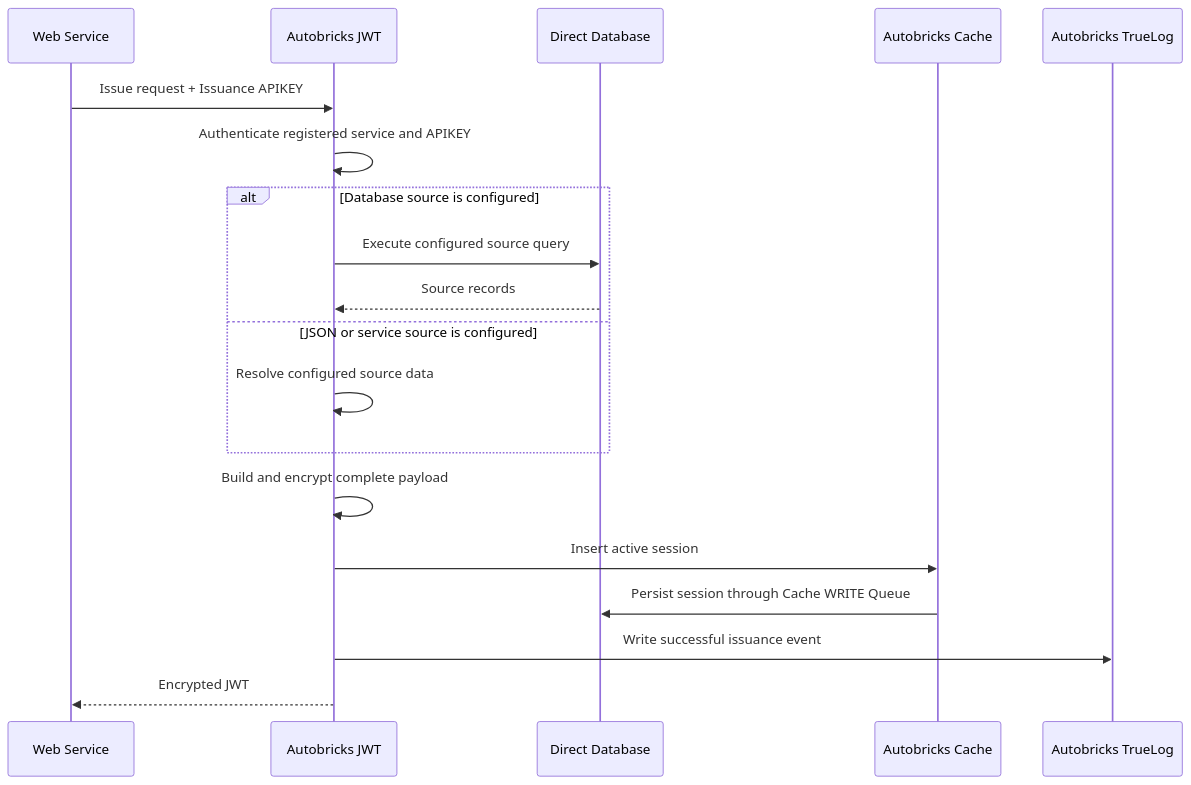
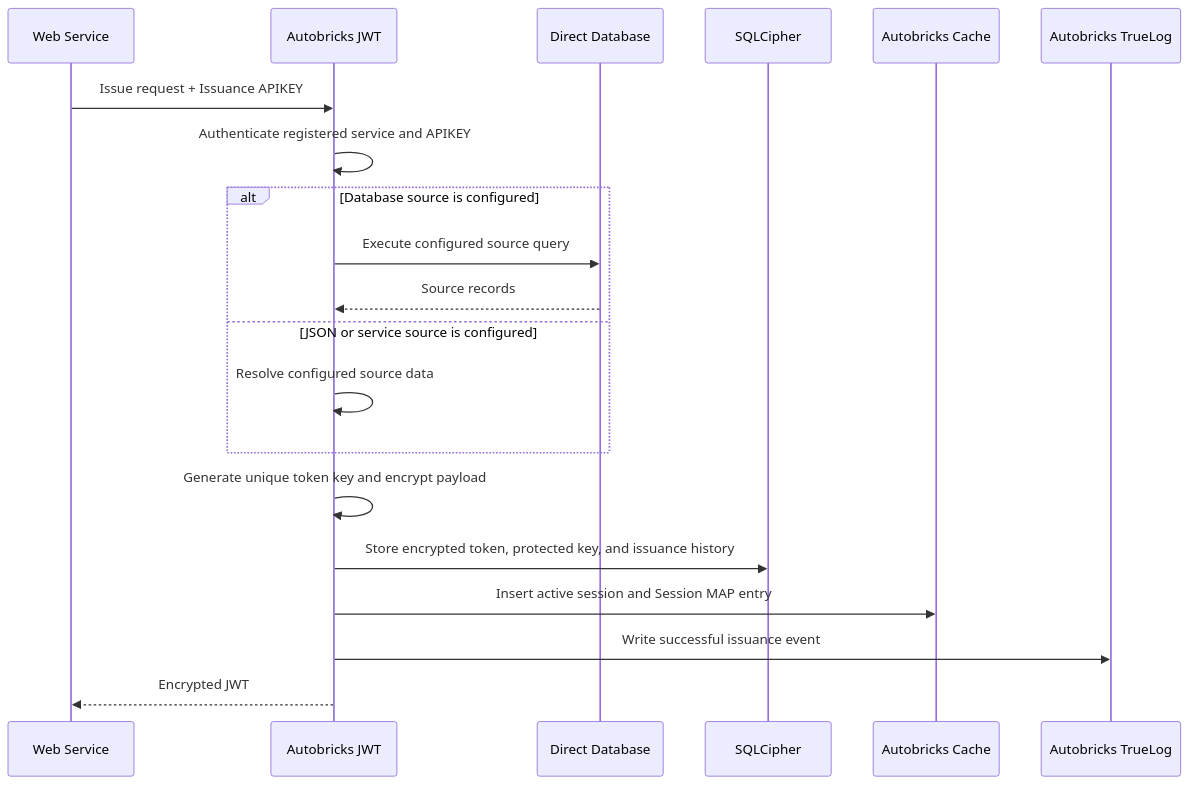
The second of 3 diagrams in ARCHITECTURE.md (pregene/autobricks-jwt), drawn with Mermaid before and after one commit. The commit also changed other lines of this file and 16 other files, not shown here.

````diff
--- a/ARCHITECTURE.md
+++ b/ARCHITECTURE.md
@@ -500,22 +515,23 @@
 ```mermaid
 sequenceDiagram
     participant W as Web Service
     participant J as Autobricks JWT
     participant D as Direct Database
+    participant S as SQLCipher
     participant C as Autobricks Cache
     participant T as Autobricks TrueLog
 
     W->>J: Issue request + Issuance APIKEY
     J->>J: Authenticate registered service and APIKEY
     alt Database source is configured
         J->>D: Execute configured source query
         D-->>J: Source records
     else JSON or service source is configured
         J->>J: Resolve configured source data
     end
-    J->>J: Build and encrypt complete payload
-    J->>C: Insert active session
-    C->>D: Persist session through Cache WRITE Queue
+    J->>J: Generate unique token key and encrypt payload
+    J->>S: Store encrypted token, protected key, and issuance history
+    J->>C: Insert active session and Session MAP entry
     J->>T: Write successful issuance event
     J-->>W: Encrypted JWT
 ```
````
